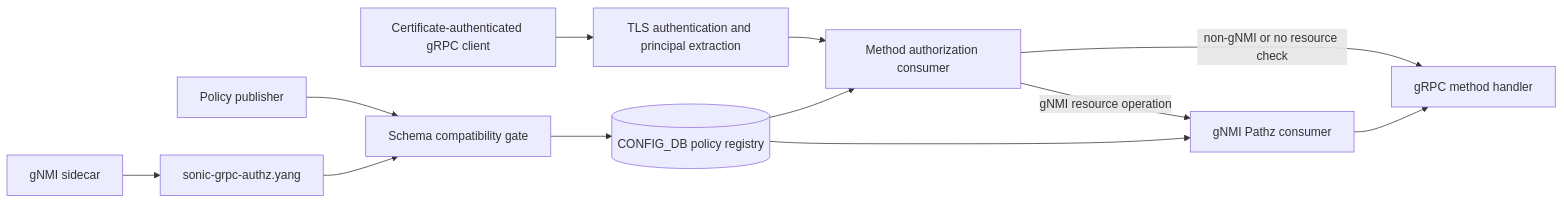
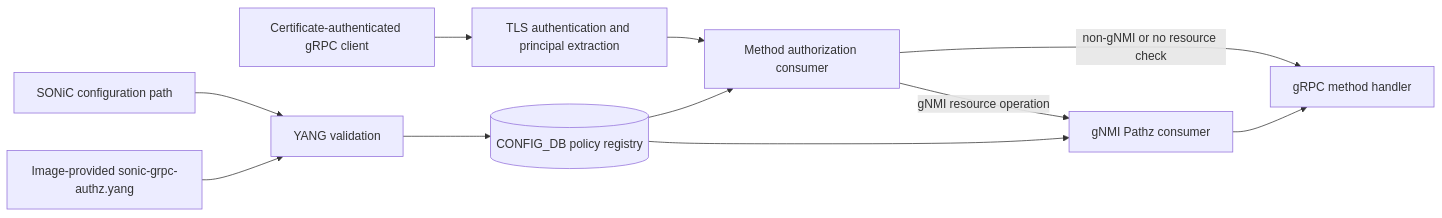
One commit to sonic-net/SONiC changed the first of 2 diagrams in doc/mgmt/gnmi/grpc_authentication_authorization_policy_hld.md. Above: the diagram before and after it, drawn with Mermaid. The commit also changed other lines of this file, not shown here.

Commit message:
[doc] Define in-image authorization architecture

````diff
--- a/doc/mgmt/gnmi/grpc_authentication_authorization_policy_hld.md
+++ b/doc/mgmt/gnmi/grpc_authentication_authorization_policy_hld.md
@@ -148,21 +150,20 @@
 ```mermaid
 flowchart LR
     Client[Certificate-authenticated gRPC client]
     TLS[TLS authentication and principal extraction]
     Method[Method authorization consumer]
     Pathz[gNMI Pathz consumer]
     Handler[gRPC method handler]
     DB[(CONFIG_DB policy registry)]
-    Publisher[Policy publisher]
-    Gate[Schema compatibility gate]
-    Sidecar[gNMI sidecar]
-    Schema[sonic-grpc-authz.yang]
+    Config[SONiC configuration path]
+    Validator[YANG validation]
+    Schema[Image-provided sonic-grpc-authz.yang]
 
     Client --> TLS --> Method
     Method -->|non-gNMI or no resource check| Handler
     Method -->|gNMI resource operation| Pathz --> Handler
     DB --> Method
     DB --> Pathz
-    Publisher --> Gate --> DB
-    Sidecar --> Schema --> Gate
+    Config --> Validator --> DB
+    Schema --> Validator
 ```
````
